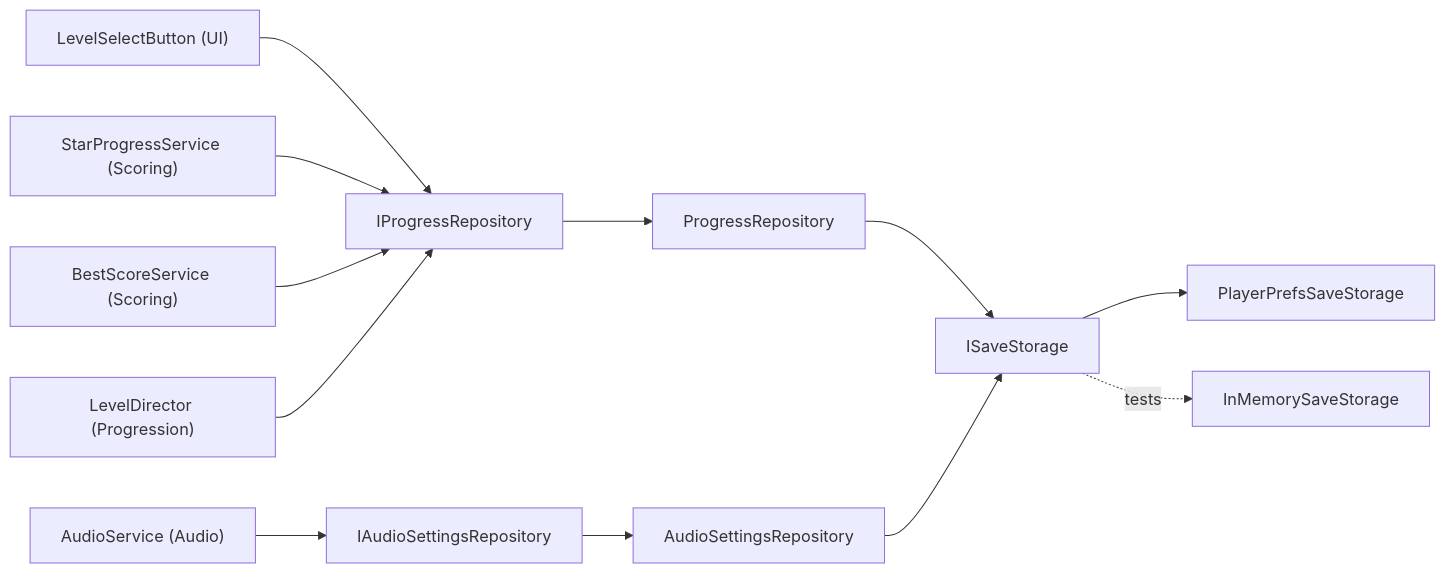
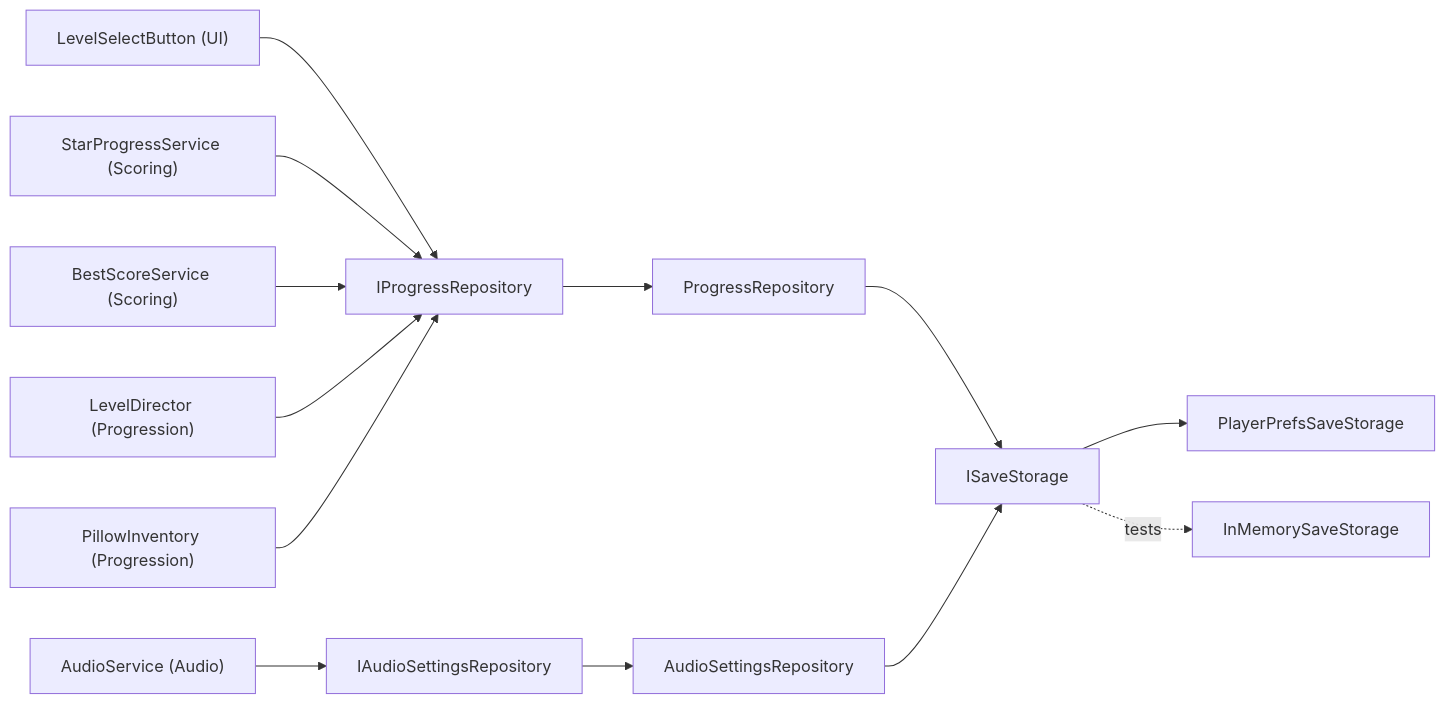
The diagram in Docs/adr/0003-persistence-abstraction.md (ruslanguba/DreamVille), drawn with Mermaid before and after one commit. The commit also changed other lines of this file and 1 other file, not shown here.

Commit message:
docs: weapons and pillow unlocks in README and the persistence ADR

````diff
--- a/Docs/adr/0003-persistence-abstraction.md
+++ b/Docs/adr/0003-persistence-abstraction.md
@@ -20,14 +20,15 @@
 ```mermaid
 flowchart LR
     UI["LevelSelectButton (UI)"] --> IPR[IProgressRepository]
     STAR["StarProgressService (Scoring)"] --> IPR
     BEST["BestScoreService (Scoring)"] --> IPR
     DIR["LevelDirector (Progression)"] --> IPR
+    PIL["PillowInventory (Progression)"] --> IPR
     AUDIO["AudioService (Audio)"] --> IAR[IAudioSettingsRepository]
     IPR --> PR[ProgressRepository]
     IAR --> AR[AudioSettingsRepository]
     PR --> ISS[ISaveStorage]
     AR --> ISS
     ISS --> PP[PlayerPrefsSaveStorage]
     ISS -.tests.-> MEM[InMemorySaveStorage]
 ```
````
